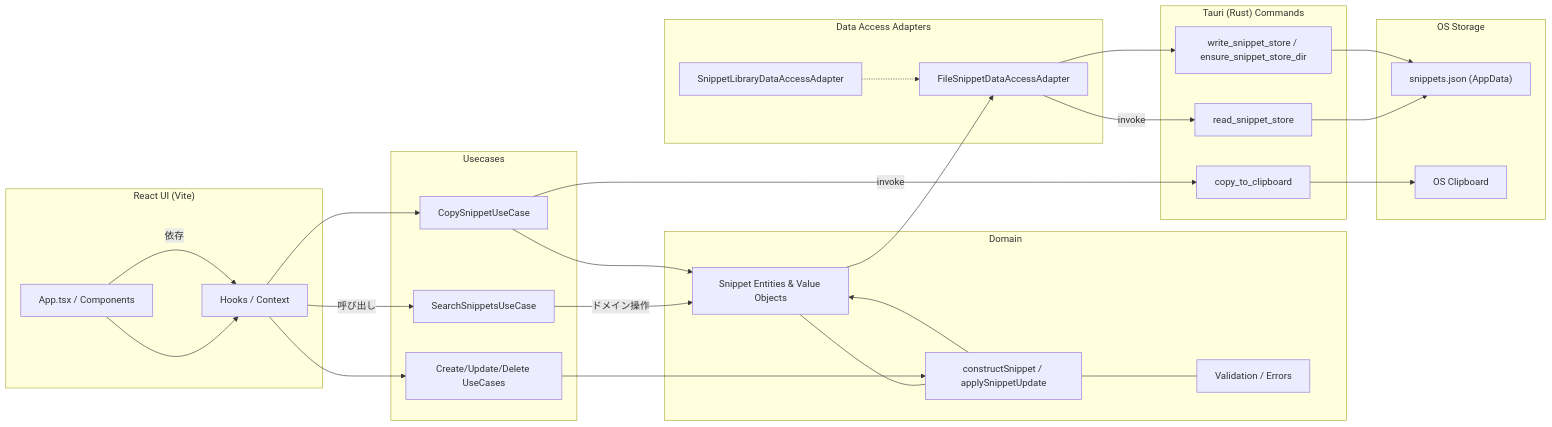
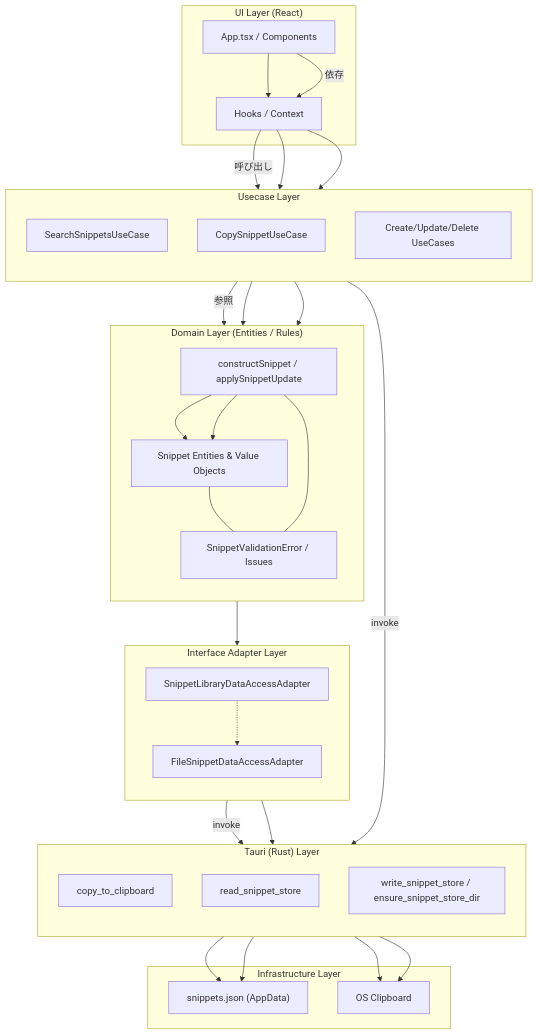
One commit to yuuki330/codespark changed the diagram in docs/architecture-diagram.md. Above: the diagram before and after it, drawn with Mermaid. The commit also changed other lines of this file, not shown here.

Commit message:
docs: represent clean architecture layers

````diff
--- a/docs/architecture-diagram.md
+++ b/docs/architecture-diagram.md
@@ -5,53 +5,59 @@
 ```mermaid
-flowchart LR
+flowchart TD
 
-  subgraph UI["React UI (Vite)"]
+  subgraph UI["UI Layer (React)"]
     App["App.tsx / Components"]
     App --> Hooks["Hooks / Context"]
   end
 
-  subgraph Usecases["Usecases"]
+  subgraph Usecases["Usecase Layer"]
+    direction TB
     Search["SearchSnippetsUseCase"]
     Copy["CopySnippetUseCase"]
     CRUD["Create/Update/Delete UseCases"]
   end
 
-  subgraph Domain["Domain"]
+  subgraph Domain["Domain Layer (Entities / Rules)"]
+    direction TB
     Snippet["Snippet Entities & Value Objects"]
     Factory["constructSnippet / applySnippetUpdate"]
-    Validation["Validation / Errors"]
-    Snippet --- Factory
+    Validation["SnippetValidationError / Issues"]
+    Factory --> Snippet
+    Snippet --- Validation
     Factory --- Validation
   end
 
-  subgraph DataAccess["Data Access Adapters"]
+  subgraph DataAccess["Interface Adapter Layer"]
+    direction TB
     FileAdapter["FileSnippetDataAccessAdapter"]
     LibraryPort["SnippetLibraryDataAccessAdapter"]
   end
 
-  subgraph Tauri["Tauri (Rust) Commands"]
+  subgraph Tauri["Tauri (Rust) Layer"]
+    direction TB
     ClipboardCmd["copy_to_clipboard"]
     StoreRead["read_snippet_store"]
     StoreWrite["write_snippet_store / ensure_snippet_store_dir"]
   end
 
-  subgraph Storage["OS Storage"]
+  subgraph Storage["Infrastructure Layer"]
     JsonFile["snippets.json (AppData)"]
     Clipboard["OS Clipboard"]
   end
 
   App -->|依存| Hooks -->|呼び出し| Search
   Hooks --> Copy
   Hooks --> CRUD
-  Search -->|ドメイン操作| Snippet
-  Copy --> Snippet
+  Search -->|参照| Snippet
+  Copy --> Factory
   CRUD --> Factory
   Factory --> Snippet
   Snippet --> FileAdapter
   FileAdapter -->|invoke| StoreRead
   FileAdapter --> StoreWrite
   StoreRead --> JsonFile
   StoreWrite --> JsonFile
   Copy -->|invoke| ClipboardCmd --> Clipboard
   LibraryPort -.-> FileAdapter
+  ClipboardCmd --> Clipboard
 ```
````
